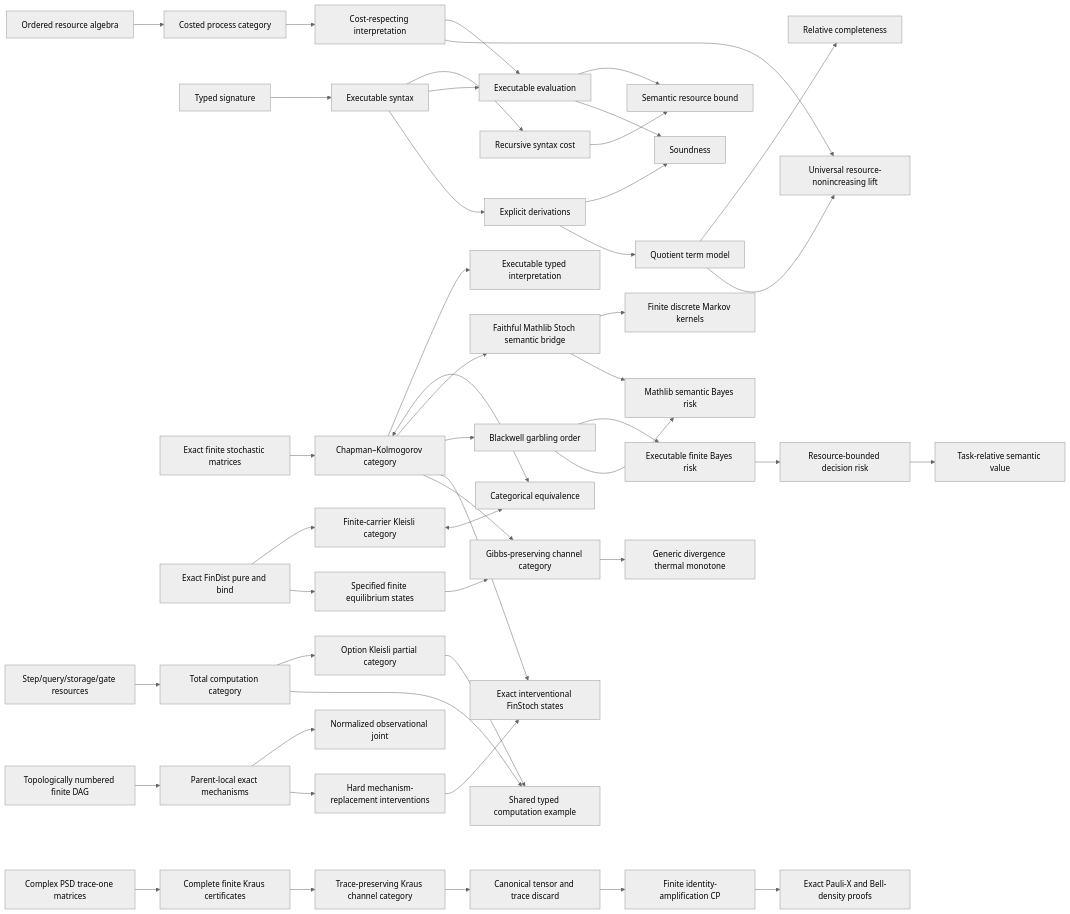
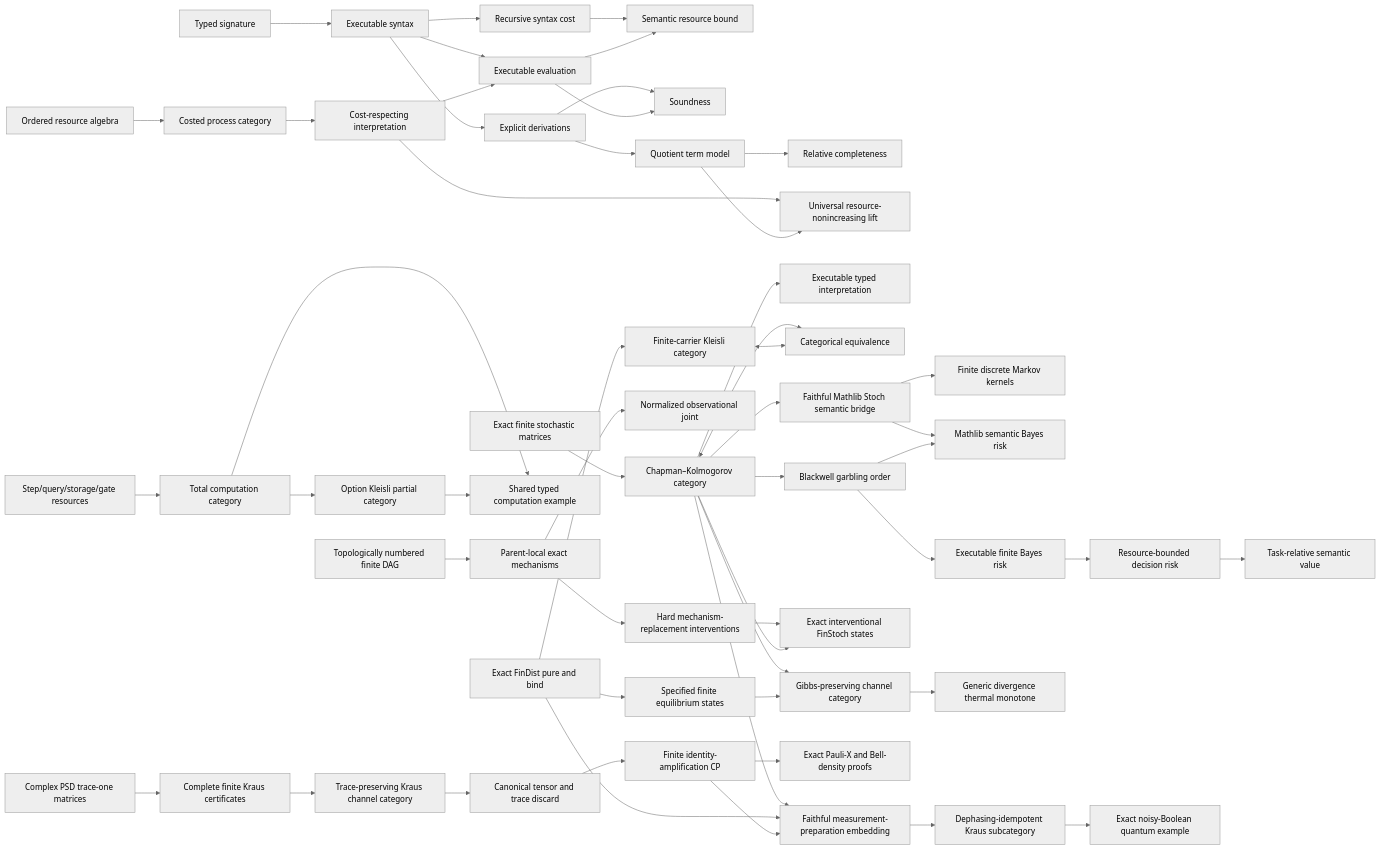
Before and after one commit to miuchan/ript: the diagram in README.md, drawn with Mermaid (neutral theme). The commit also changed other lines of this file and 13 other files, not shown here.

````diff
--- a/README.md
+++ b/README.md
@@ -568,49 +585,54 @@
 ```mermaid
 flowchart LR
   R["Ordered resource algebra"] --> C["Costed process category"]
   S["Typed signature"] --> X["Executable syntax"]
   X --> K["Recursive syntax cost"]
   C --> I["Cost-respecting interpretation"]
   X --> E["Executable evaluation"]
   I --> E
   K --> B["Semantic resource bound"]
   E --> B
   X --> D["Explicit derivations"]
   D --> SO["Soundness"]
   E --> SO
   D --> T["Quotient term model"]
   T --> CO["Relative completeness"]
   I --> U["Universal resource-nonincreasing lift"]
   T --> U
   F["Exact finite stochastic matrices"] --> CK["Chapman–Kolmogorov category"]
   CK --> EX["Executable typed interpretation"]
   FD["Exact FinDist pure and bind"] --> KL["Finite-carrier Kleisli category"]
   CK <--> EQ["Categorical equivalence"]
   KL <--> EQ
   CK --> ST["Faithful Mathlib Stoch semantic bridge"]
   ST --> MT["Finite discrete Markov kernels"]
   CK --> BW["Blackwell garbling order"]
   ST --> SB["Mathlib semantic Bayes risk"]
   BW --> FR["Executable finite Bayes risk"]
   FR --> RR["Resource-bounded decision risk"]
   RR --> SV["Task-relative semantic value"]
   BW --> SB
   CR["Step/query/storage/gate resources"] --> TC["Total computation category"]
   TC --> PC["Option Kleisli partial category"]
   TC --> CE["Shared typed computation example"]
   PC --> CE
   DAG["Topologically numbered finite DAG"] --> CM["Parent-local exact mechanisms"]
   CM --> IJ["Normalized observational joint"]
   CM --> DO["Hard mechanism-replacement interventions"]
   DO --> IS["Exact interventional FinStoch states"]
   CK --> IS
   FD --> TE["Specified finite equilibrium states"]
   CK --> GP["Gibbs-preserving channel category"]
   TE --> GP
   GP --> TM["Generic divergence thermal monotone"]
   QB["Complex PSD trace-one matrices"] --> QK["Complete finite Kraus certificates"]
   QK --> QC["Trace-preserving Kraus channel category"]
   QC --> QT["Canonical tensor and trace discard"]
   QT --> QP["Finite identity-amplification CP"]
   QP --> QX["Exact Pauli-X and Bell-density proofs"]
+  CK --> CQ["Faithful measurement-preparation embedding"]
+  FD --> CQ
+  QP --> CQ
+  CQ --> CD["Dephasing-idempotent Kraus subcategory"]
+  CD --> CX["Exact noisy-Boolean quantum example"]
 ```
````
